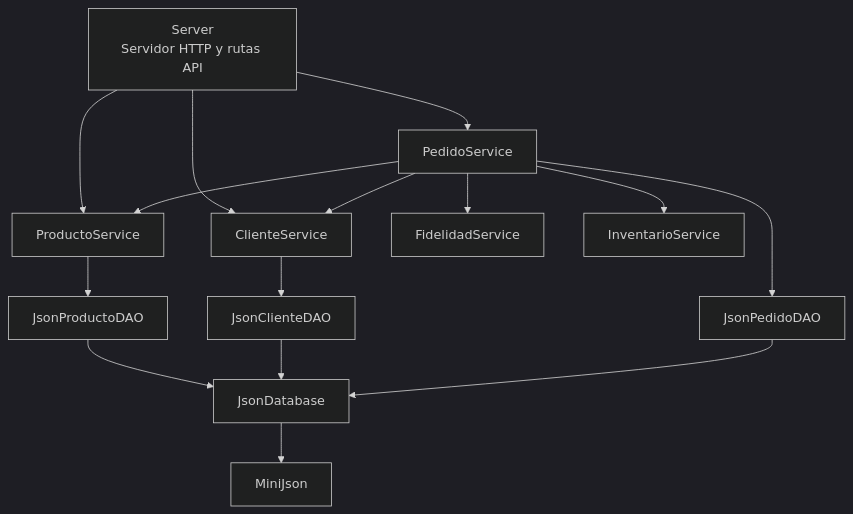
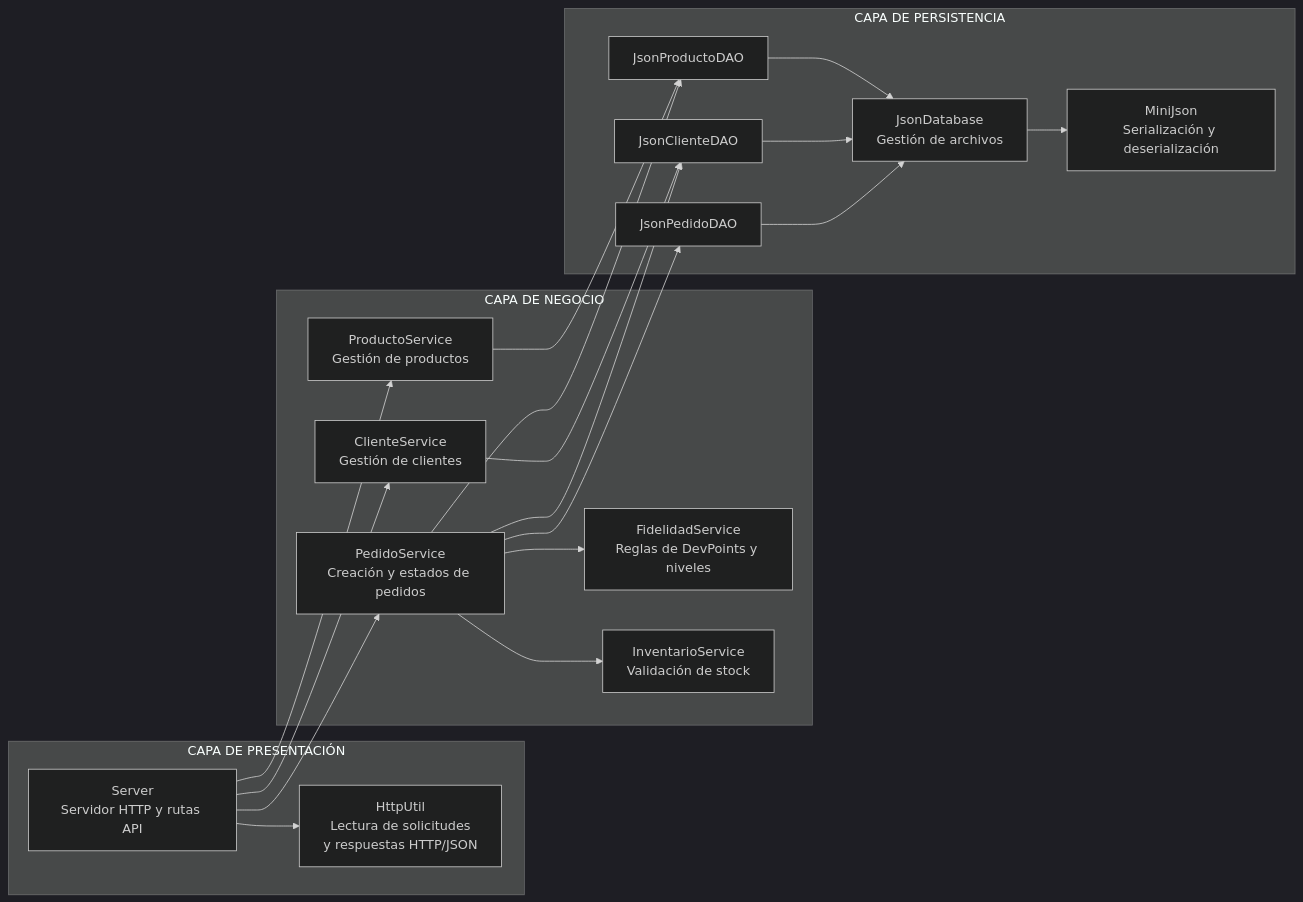
Before and after one commit to alejoms13/Taller-Modelo-N-Tier: the diagram in docs/diagramas-c4/c3-componentes.mmd, drawn with Mermaid (dark theme).

```diff
--- a/docs/diagramas-c4/c3-componentes.mmd
+++ b/docs/diagramas-c4/c3-componentes.mmd
@@ -1,26 +1,40 @@
-flowchart TB
-    Server["Server<br/>Servidor HTTP y rutas API"]
-    PS["ProductoService"]
-    CS["ClienteService"]
-    OS["PedidoService"]
-    FS["FidelidadService"]
-    IS["InventarioService"]
-    PDA["JsonProductoDAO"]
-    CDA["JsonClienteDAO"]
-    ODA["JsonPedidoDAO"]
-    DB["JsonDatabase"]
-    JSON["MiniJson"]
+flowchart LR
+    subgraph Presentacion["CAPA DE PRESENTACIÓN"]
+        Server["Server<br/>Servidor HTTP y rutas API"]
+        HU["HttpUtil<br/>Lectura de solicitudes<br/>y respuestas HTTP/JSON"]
+    end
+
+    subgraph Negocio["CAPA DE NEGOCIO"]
+        PS["ProductoService<br/>Gestión de productos"]
+        CS["ClienteService<br/>Gestión de clientes"]
+        OS["PedidoService<br/>Creación y estados de pedidos"]
+        FS["FidelidadService<br/>Reglas de DevPoints y niveles"]
+        IS["InventarioService<br/>Validación de stock"]
+    end
+
+    subgraph Persistencia["CAPA DE PERSISTENCIA"]
+        PDA["JsonProductoDAO"]
+        CDA["JsonClienteDAO"]
+        ODA["JsonPedidoDAO"]
+        DB["JsonDatabase<br/>Gestión de archivos"]
+        MJ["MiniJson<br/>Serialización y deserialización"]
+    end
+
+    Server --> HU
     Server --> PS
     Server --> CS
     Server --> OS
-    OS --> PS
-    OS --> CS
+
+    PS --> PDA
+    CS --> CDA
+
+    OS --> PDA
+    OS --> CDA
+    OS --> ODA
     OS --> FS
     OS --> IS
-    PS --> PDA
-    CS --> CDA
-    OS --> ODA
+
     PDA --> DB
     CDA --> DB
     ODA --> DB
-    DB --> JSON
+    DB --> MJ
```
